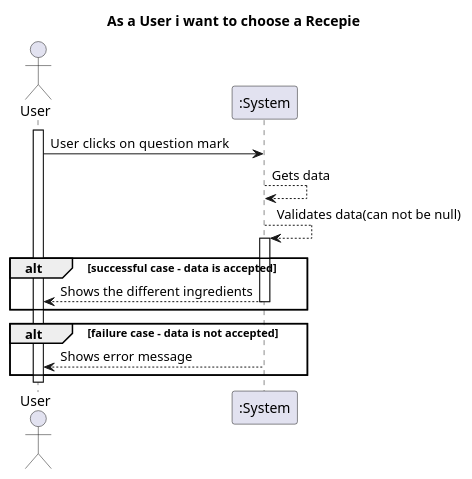
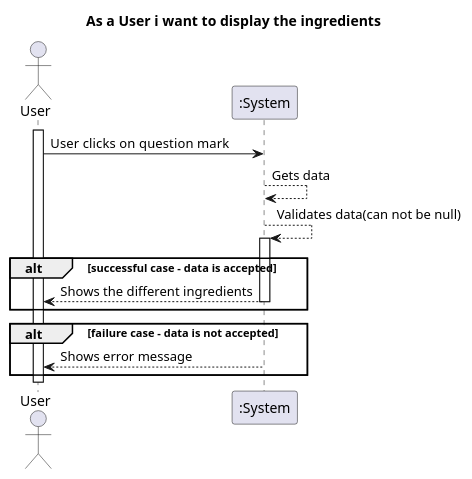
The diagram in Documents/US/US03/SSD.puml (IsepMartimOliveira/DSSMV_ProjectDroid_1181754), drawn with PlantUML before and after one commit. The commit also changed 23 other files, not shown here.

```diff
--- a/Documents/US/US03/SSD.puml
+++ b/Documents/US/US03/SSD.puml
@@ -1,24 +1,24 @@
 @startuml
 'https://plantuml.com/sequence-diagram
 actor "User" as MD
-title As a User i want to choose a Recepie
+title As a User i want to display the ingredients
 
 activate MD
 MD -> ":System" : User clicks on  question mark
 ":System" --> ":System" : Gets data
 ":System" --> ":System" : Validates data(can not be null)
 alt successful case - data is accepted
 activate ":System"
 ":System" --> MD : Shows the different ingredients
 deactivate ":System"
 
 end
 
 alt failure case - data is not accepted
 activate ":System"
 ":System" --> MD : Shows error message
 deactivate ":System"
 
 end
 deactivate MD
 @enduml
```
